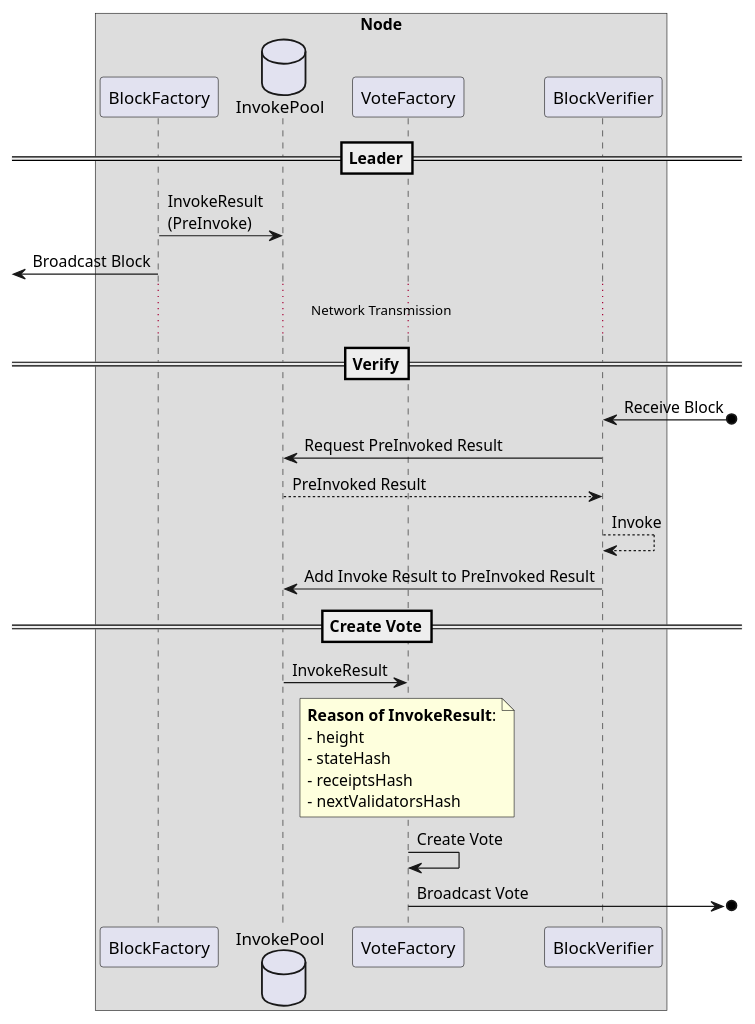
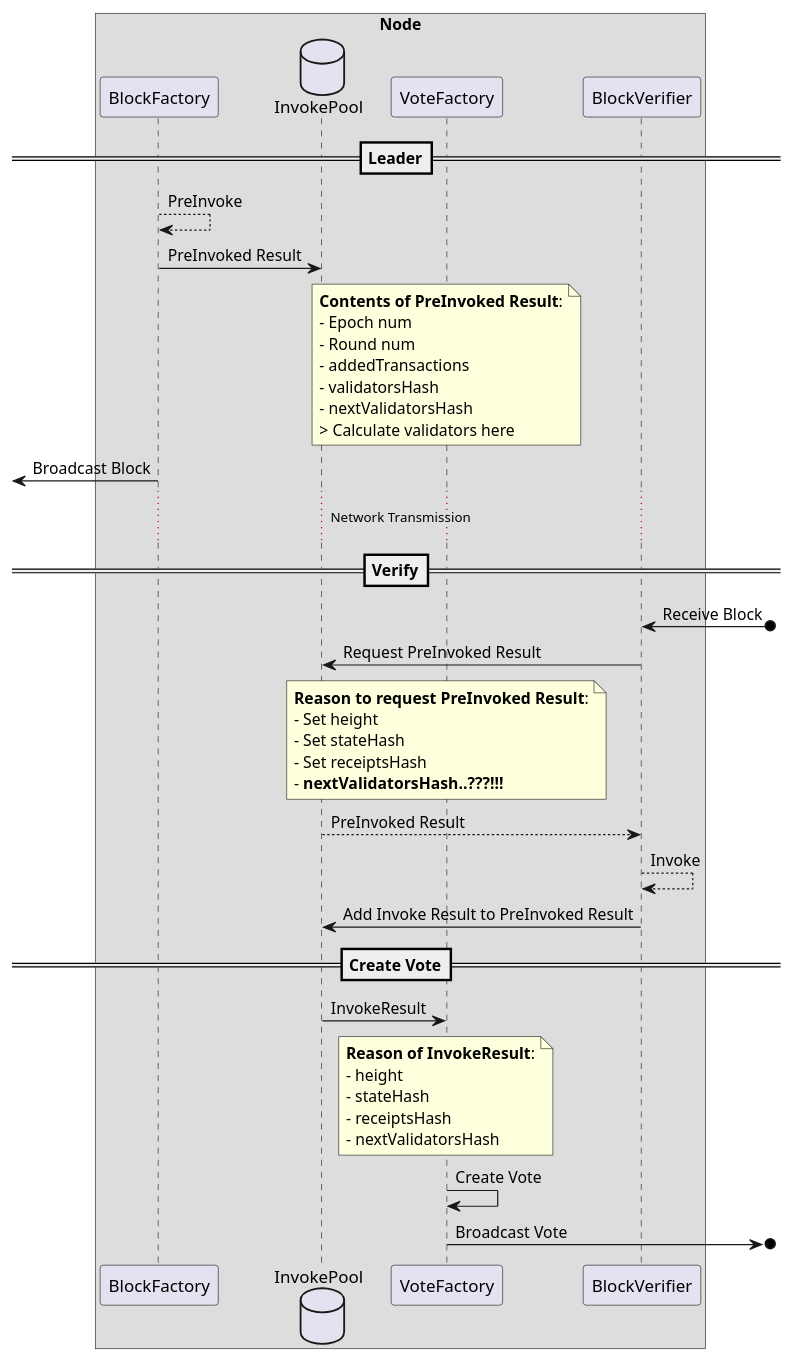
Before and after one commit to metalg0su/studies: the diagram in diagrams/invoke_result.puml, drawn with PlantUML.

Commit message:
fdsafdsa

```diff
--- a/diagrams/invoke_result.puml
+++ b/diagrams/invoke_result.puml
@@ -1,33 +1,50 @@
 @startuml
 box Node
     participant BlockFactory as block_fac
     database InvokePool as pool
     participant VoteFactory as vote_fac
     participant BlockVerifier as verifier
 end box
 
 ==Leader==
-block_fac -> pool: InvokeResult\n(PreInvoke)
+block_fac --> block_fac: PreInvoke
+block_fac -> pool: PreInvoked Result
+note over vote_fac
+    **Contents of PreInvoked Result**:
+    - Epoch num
+    - Round num
+    - addedTransactions
+    - validatorsHash
+    - nextValidatorsHash
+    > Calculate validators here
+end note
 [<- block_fac: Broadcast Block
 
 ...Network Transmission...
 
 ==Verify==
 verifier <-o]: Receive Block
 verifier -> pool: Request PreInvoked Result
+note over vote_fac
+    **Reason to request PreInvoked Result**:
+    - Set height
+    - Set stateHash
+    - Set receiptsHash
+    - **nextValidatorsHash..???!!!**
+end note
 pool --> verifier: PreInvoked Result
 verifier --> verifier: Invoke
 verifier -> pool: Add Invoke Result to PreInvoked Result
 
 ==Create Vote==
 pool -> vote_fac: InvokeResult
 note over vote_fac
     **Reason of InvokeResult**:
     - height
     - stateHash
     - receiptsHash
     - nextValidatorsHash
 end note
 vote_fac -> vote_fac: Create Vote
 vote_fac ->o]: Broadcast Vote
 @enduml
```
